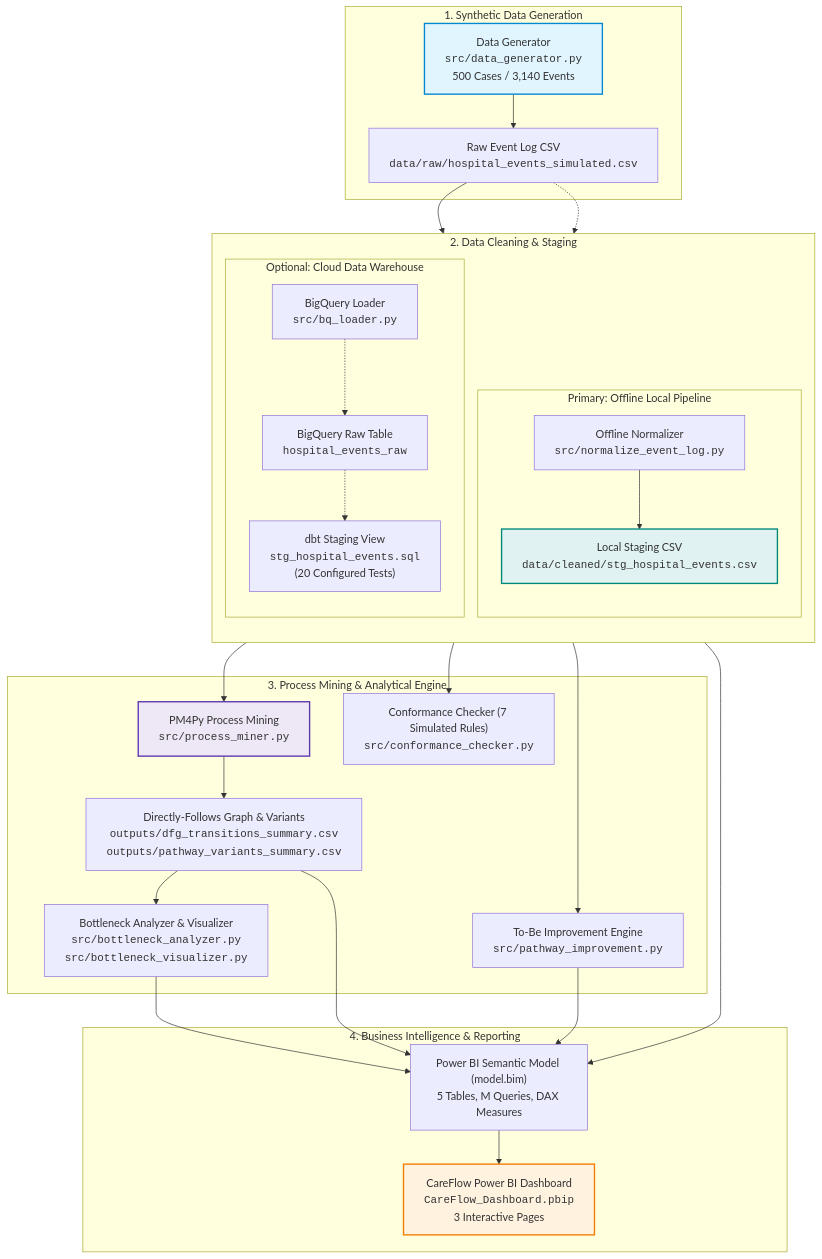
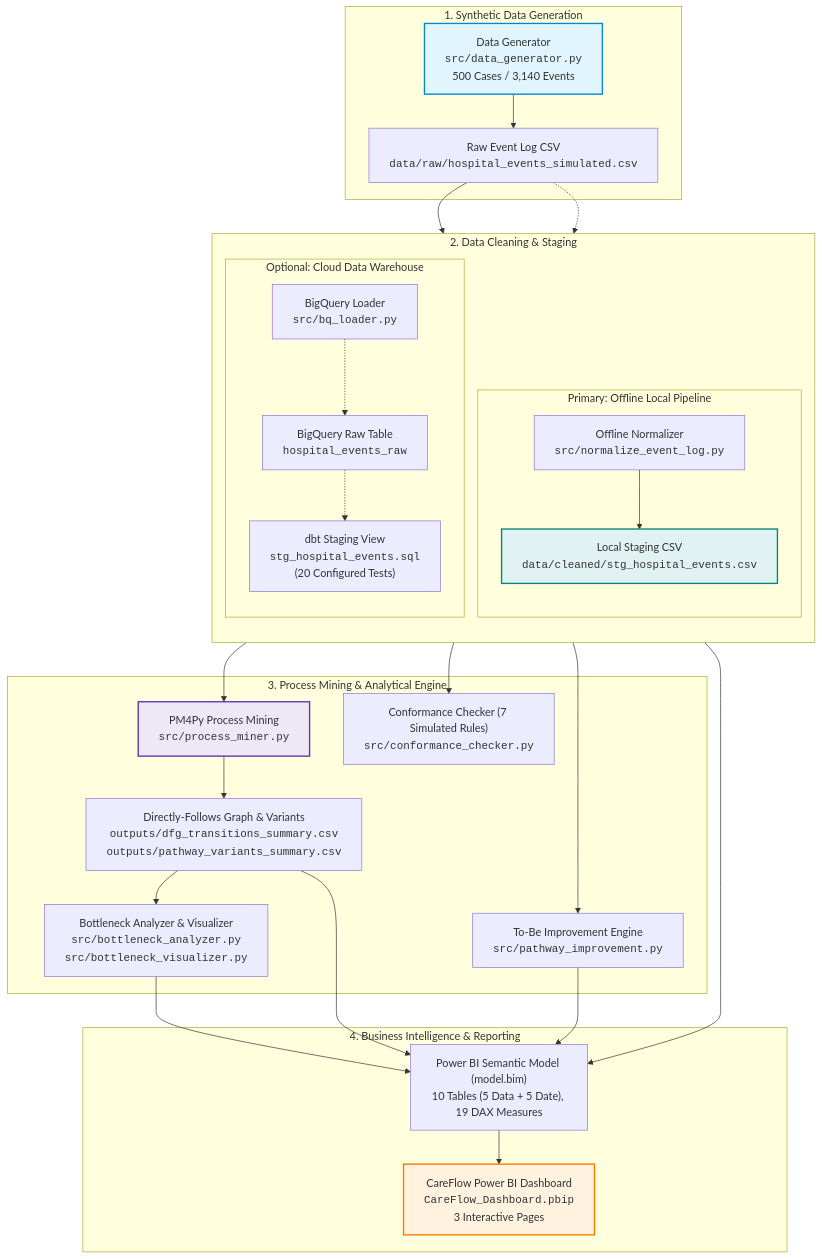
Before and after one commit to dileep-songa/careflow-clinical-pathway: the diagram in README.md, drawn with Mermaid. The commit also changed other lines of this file and 10 other files, not shown here.

````diff
--- a/README.md
+++ b/README.md
@@ -96,42 +96,42 @@
 ```mermaid
 flowchart TD
     subgraph S1["1. Synthetic Data Generation"]
         GEN["Data Generator<br/><code>src/data_generator.py</code><br/>500 Cases / 3,140 Events"]
         RAW["Raw Event Log CSV<br/><code>data/raw/hospital_events_simulated.csv</code>"]
         GEN --> RAW
     end
 
     subgraph S2["2. Data Cleaning & Staging"]
         direction TB
         subgraph S2A["Primary: Offline Local Pipeline"]
             RAW --> OFFLINE["Offline Normalizer<br/><code>src/normalize_event_log.py</code>"]
             OFFLINE --> CLEAN["Local Staging CSV<br/><code>data/cleaned/stg_hospital_events.csv</code>"]
         end
         subgraph S2B["Optional: Cloud Data Warehouse"]
             RAW -.-> BQ["BigQuery Loader<br/><code>src/bq_loader.py</code>"]
             BQ -.-> BQ_TABLE["BigQuery Raw Table<br/><code>hospital_events_raw</code>"]
             BQ_TABLE -.-> DBT["dbt Staging View<br/><code>stg_hospital_events.sql</code><br/>(20 Configured Tests)"]
         end
     end
 
     subgraph S3["3. Process Mining & Analytical Engine"]
         CLEAN --> PM["PM4Py Process Mining<br/><code>src/process_miner.py</code>"]
         PM --> DFG["Directly-Follows Graph & Variants<br/><code>outputs/dfg_transitions_summary.csv</code><br/><code>outputs/pathway_variants_summary.csv</code>"]
         DFG --> BN["Bottleneck Analyzer & Visualizer<br/><code>src/bottleneck_analyzer.py</code><br/><code>src/bottleneck_visualizer.py</code>"]
         CLEAN --> CC["Conformance Checker (7 Simulated Rules)<br/><code>src/conformance_checker.py</code>"]
         CLEAN --> PI["To-Be Improvement Engine<br/><code>src/pathway_improvement.py</code>"]
     end
 
     subgraph S4["4. Business Intelligence & Reporting"]
-        CLEAN --> PBIP["Power BI Semantic Model (model.bim)<br/>5 Tables, M Queries, DAX Measures"]
+        CLEAN --> PBIP["Power BI Semantic Model (model.bim)<br/>10 Tables (5 Data + 5 Date), 19 DAX Measures"]
         BN --> PBIP
         DFG --> PBIP
         PI --> PBIP
         PBIP --> PBI_DASH["CareFlow Power BI Dashboard<br/><code>CareFlow_Dashboard.pbip</code><br/>3 Interactive Pages"]
     end
 
     style GEN fill:#e1f5fe,stroke:#0288d1,stroke-width:2px
     style CLEAN fill:#e0f2f1,stroke:#00897b,stroke-width:2px
     style PM fill:#ede7f6,stroke:#5e35b1,stroke-width:2px
     style PBI_DASH fill:#fff3e0,stroke:#f57c00,stroke-width:2px
 ```
````
